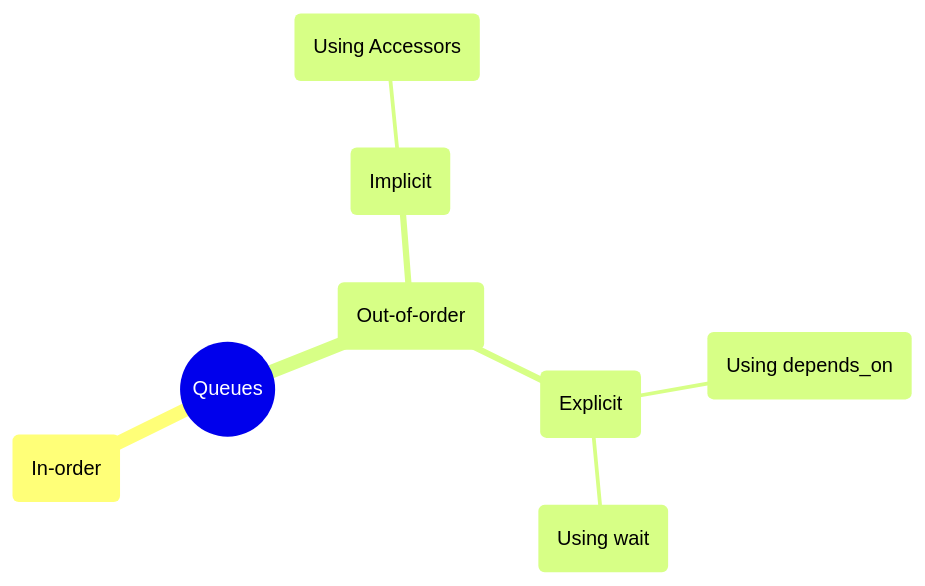
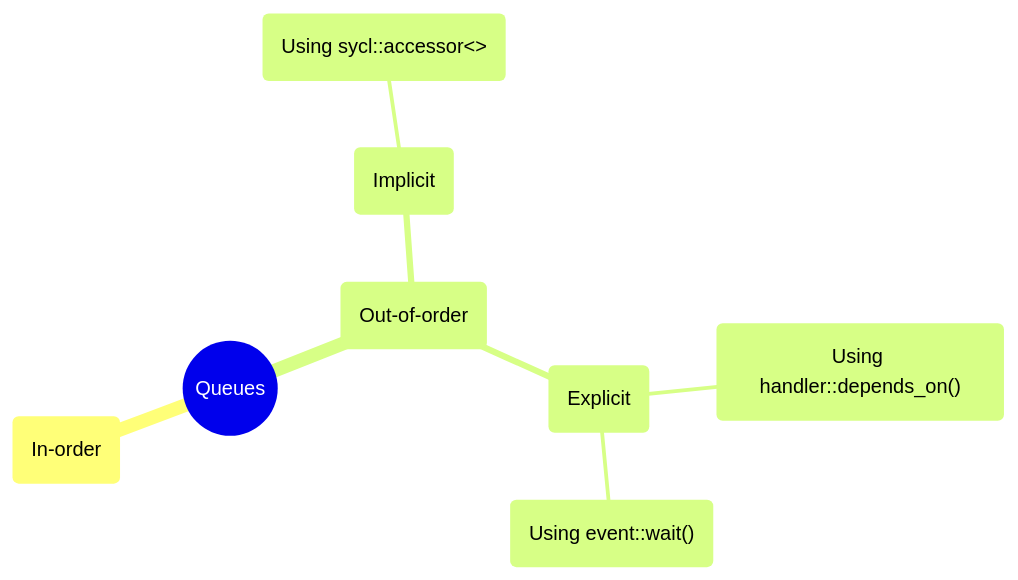
The diagram in examples/01.queues/readme.md (salehjg/Learning-SYCL), drawn with Mermaid before and after one commit. The commit also changed other lines of this file, not shown here.

````diff
--- a/examples/01.queues/readme.md
+++ b/examples/01.queues/readme.md
@@ -13,11 +5,11 @@
 ```mermaid
 mindmap
   root((Queues)
     id(In-order)
     id(Out-of-order)
       id(Implicit)
-        id(Using Accessors)
+        id("Using sycl::accessor<>")
       id(Explicit)
-        id(Using depends_on)
-        id(Using wait)
+        id("Using handler::depends_on()")
+        id("Using event::wait()")
 ```
````
